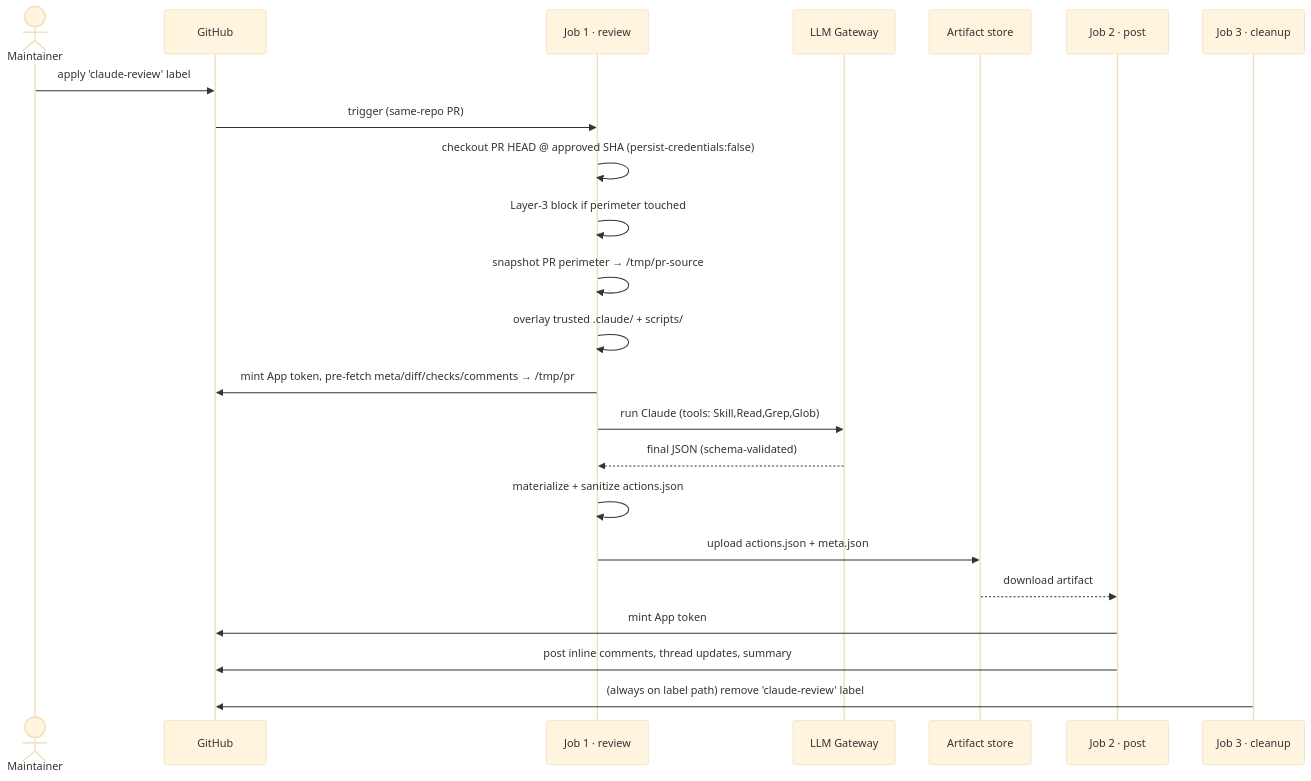
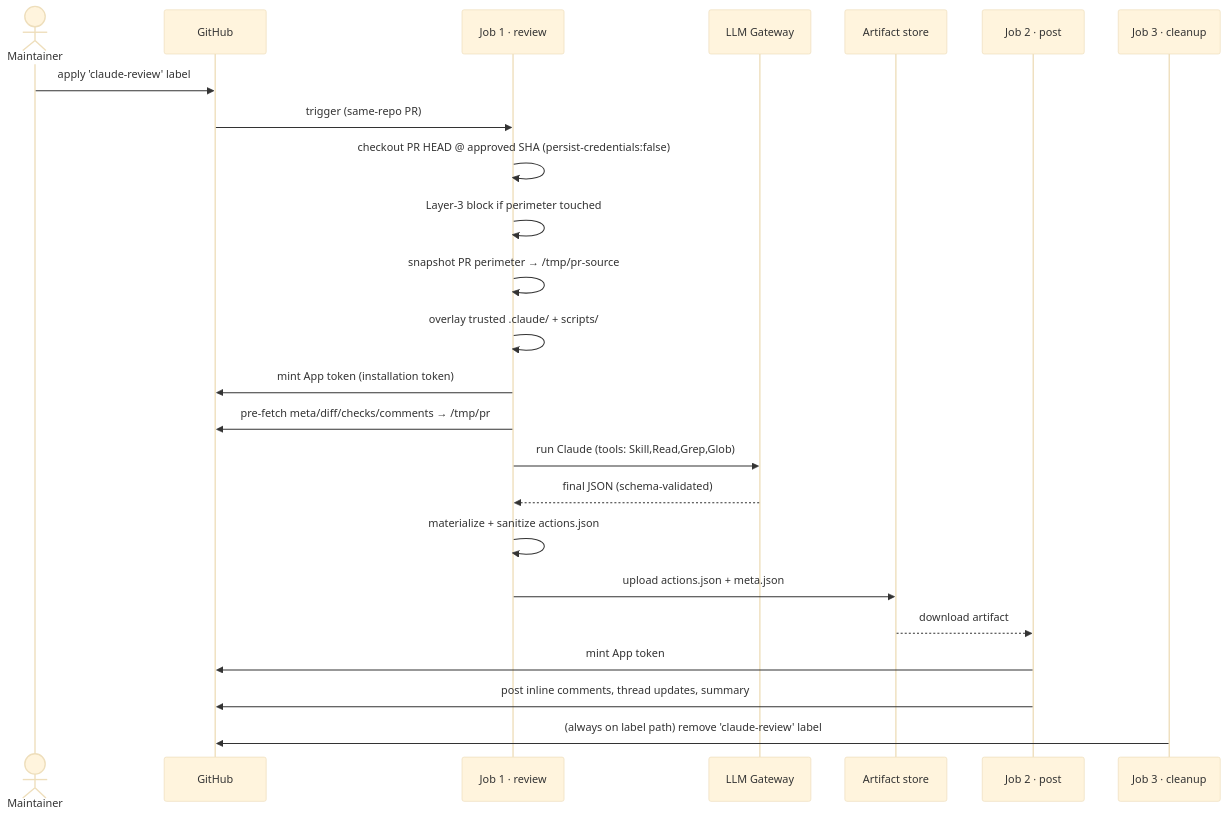
The fourth of 5 diagrams in .github/workflows/CLAUDE_AUTO_REVIEW.md (ROCm/rocMLIR), drawn with Mermaid (base theme) before and after one commit. The commit also changed other lines of this file, not shown here.

````diff
--- a/.github/workflows/CLAUDE_AUTO_REVIEW.md
+++ b/.github/workflows/CLAUDE_AUTO_REVIEW.md
@@ -258,26 +264,27 @@
 ```mermaid
 sequenceDiagram
     actor M as Maintainer
     participant GH as GitHub
     participant R as Job 1 · review
     participant LLM as LLM Gateway
     participant A as Artifact store
     participant P as Job 2 · post
     participant C as Job 3 · cleanup
 
     M->>GH: apply 'claude-review' label
     GH->>R: trigger (same-repo PR)
     R->>R: checkout PR HEAD @ approved SHA (persist-credentials:false)
     R->>R: Layer-3 block if perimeter touched
     R->>R: snapshot PR perimeter → /tmp/pr-source
     R->>R: overlay trusted .claude/ + scripts/
-    R->>GH: mint App token, pre-fetch meta/diff/checks/comments → /tmp/pr
+    R->>GH: mint App token (installation token)
+    R->>GH: pre-fetch meta/diff/checks/comments → /tmp/pr
     R->>LLM: run Claude (tools: Skill,Read,Grep,Glob)
     LLM-->>R: final JSON (schema-validated)
     R->>R: materialize + sanitize actions.json
     R->>A: upload actions.json + meta.json
     A-->>P: download artifact
     P->>GH: mint App token
     P->>GH: post inline comments, thread updates, summary
     C->>GH: (always on label path) remove 'claude-review' label
 ```
````
